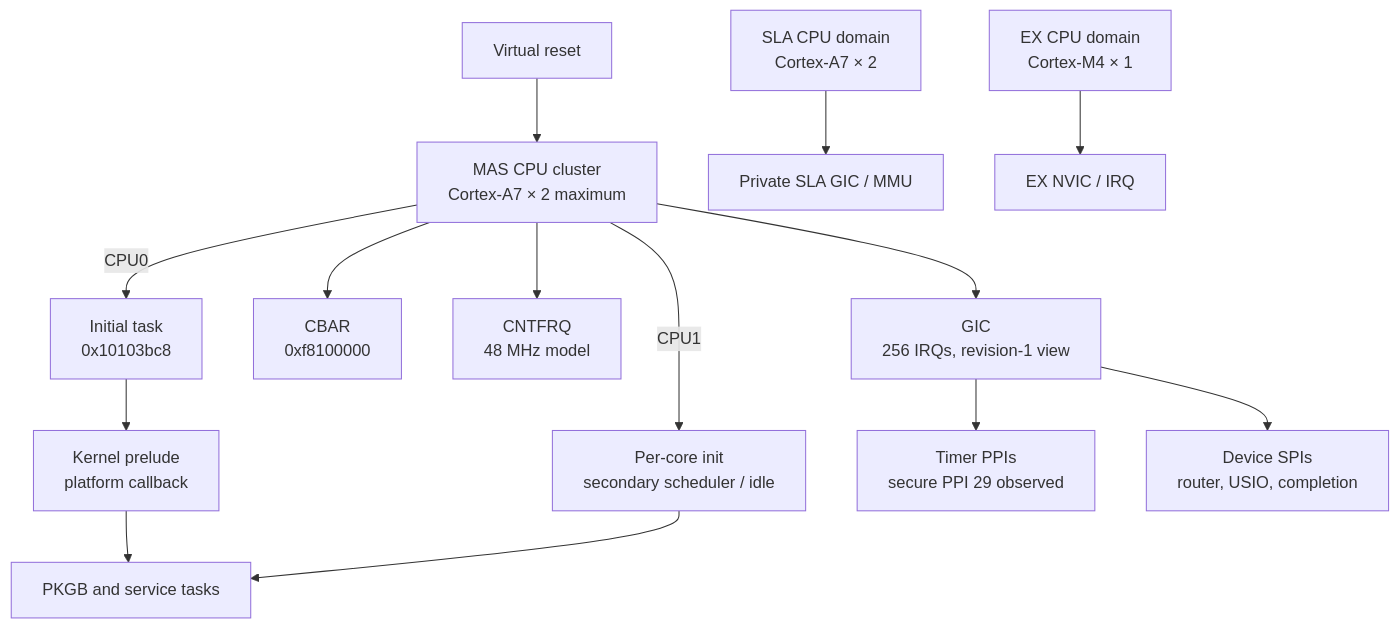
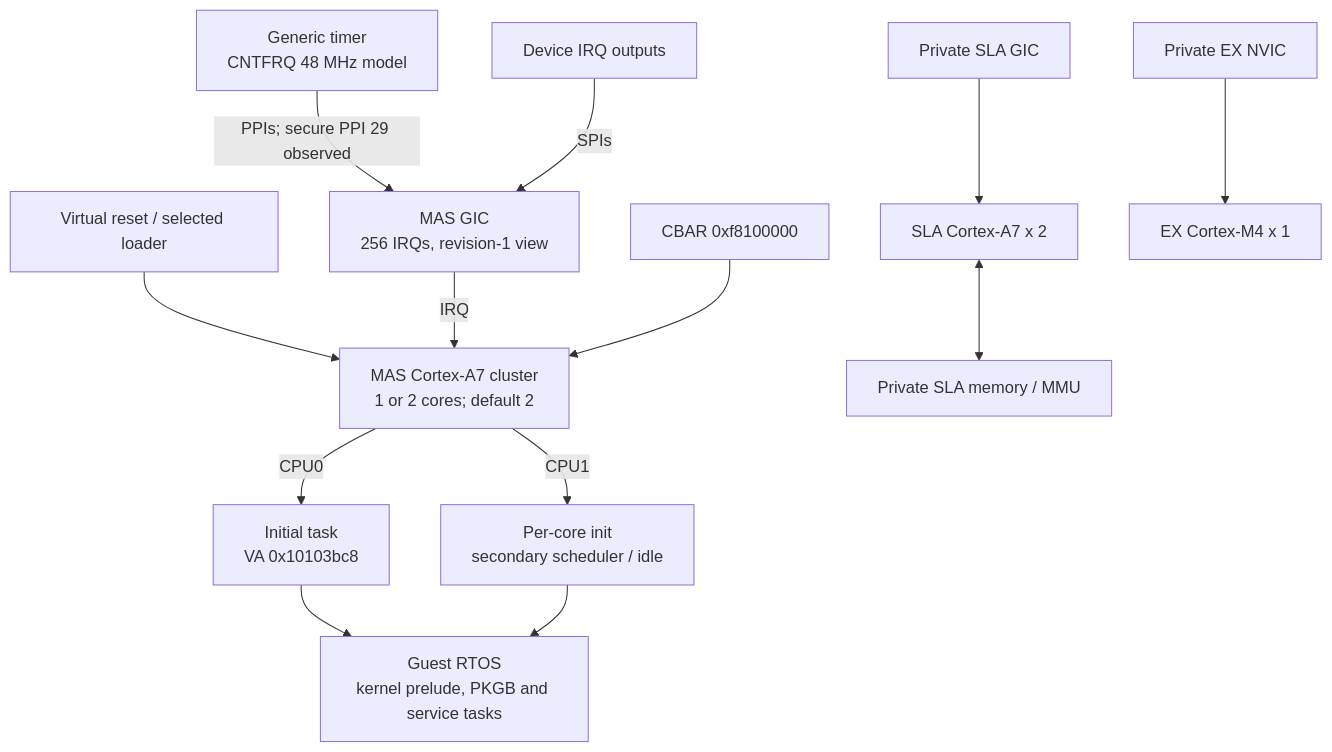
Before and after one commit to nightglasses/z7ii-qemu: the second of 6 diagrams in docs/architecture.md, drawn with Mermaid. The commit also changed other lines of this file and 4 other files, not shown here.

Commit message:
docs: align architecture with current pipelines

````diff
--- a/docs/architecture.md
+++ b/docs/architecture.md
@@ -52,19 +59,17 @@
 ```mermaid
 flowchart TD
-  Reset[Virtual reset]
-  Reset --> MasCPUs[MAS CPU cluster\nCortex-A7 × 2 maximum]
-  MasCPUs -->|CPU0| Primary[Initial task\n0x10103bc8]
-  MasCPUs -->|CPU1| Secondary[Per-core init\nsecondary scheduler / idle]
-  Primary --> Prelude[Kernel prelude\nplatform callback]
-  Prelude --> Tasks[PKGB and service tasks]
+  Reset["Virtual reset / selected loader"] --> MasCPUs["MAS Cortex-A7 cluster<br/>1 or 2 cores; default 2"]
+  MasCPUs -->|CPU0| Primary["Initial task<br/>VA 0x10103bc8"]
+  MasCPUs -->|CPU1| Secondary["Per-core init<br/>secondary scheduler / idle"]
+  Primary --> Tasks["Guest RTOS<br/>kernel prelude, PKGB and service tasks"]
   Secondary --> Tasks
 
-  MasCPUs --> CBAR[CBAR\n0xf8100000]
-  MasCPUs --> Counter[CNTFRQ\n48 MHz model]
-  MasCPUs --> GIC[GIC\n256 IRQs, revision-1 view]
-  GIC --> Timer[Timer PPIs\nsecure PPI 29 observed]
-  GIC --> SPIs[Device SPIs\nrouter, USIO, completion]
+  Timer["Generic timer<br/>CNTFRQ 48 MHz model"] -->|"PPIs; secure PPI 29 observed"| GIC["MAS GIC<br/>256 IRQs, revision-1 view"]
+  Devices["Device IRQ outputs"] -->|SPIs| GIC
+  GIC -->|IRQ| MasCPUs
+  CBAR["CBAR 0xf8100000"] --> MasCPUs
 
-  SlaCPU[SLA CPU domain\nCortex-A7 × 2] --> SlaGIC[Private SLA GIC / MMU]
-  ExCPU[EX CPU domain\nCortex-M4 × 1] --> ExIRQ[EX NVIC / IRQ]
+  SlaCPU["SLA Cortex-A7 x 2"] <--> SlaMem["Private SLA memory / MMU"]
+  SlaGIC["Private SLA GIC"] --> SlaCPU
+  ExNVIC["Private EX NVIC"] --> ExCPU["EX Cortex-M4 x 1"]
 ```
````
